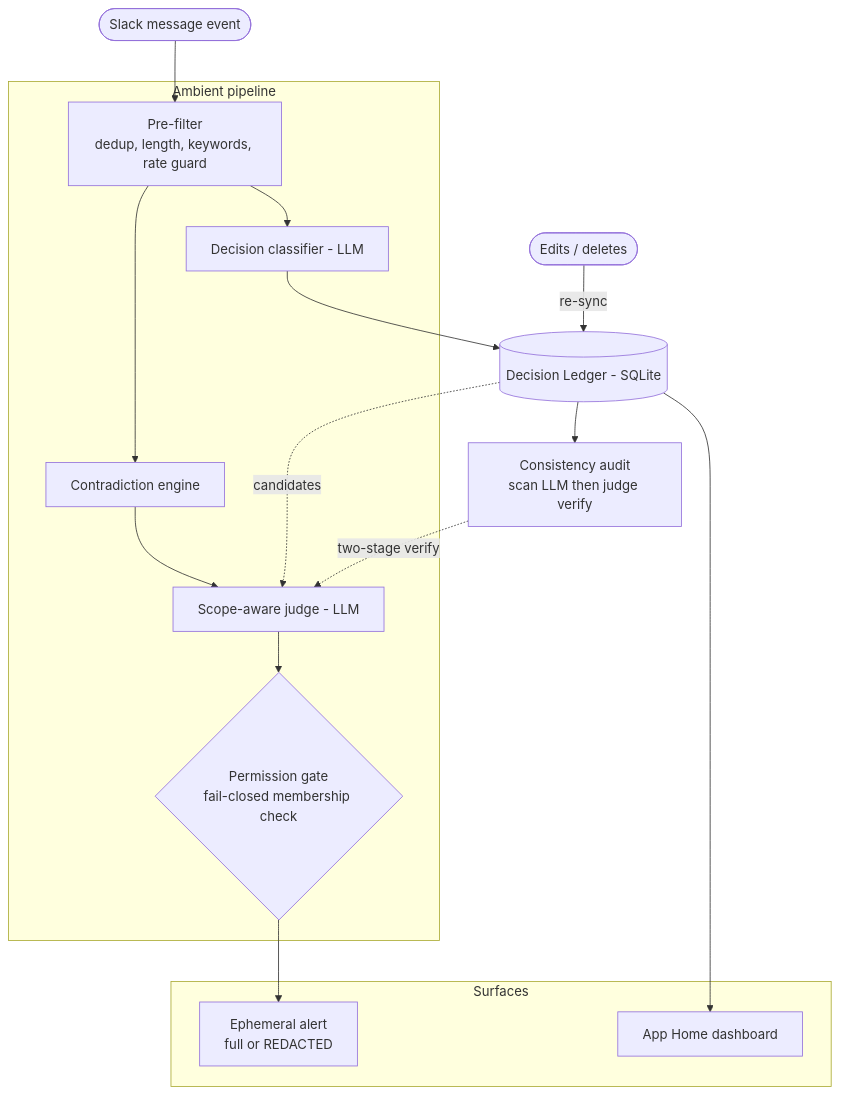
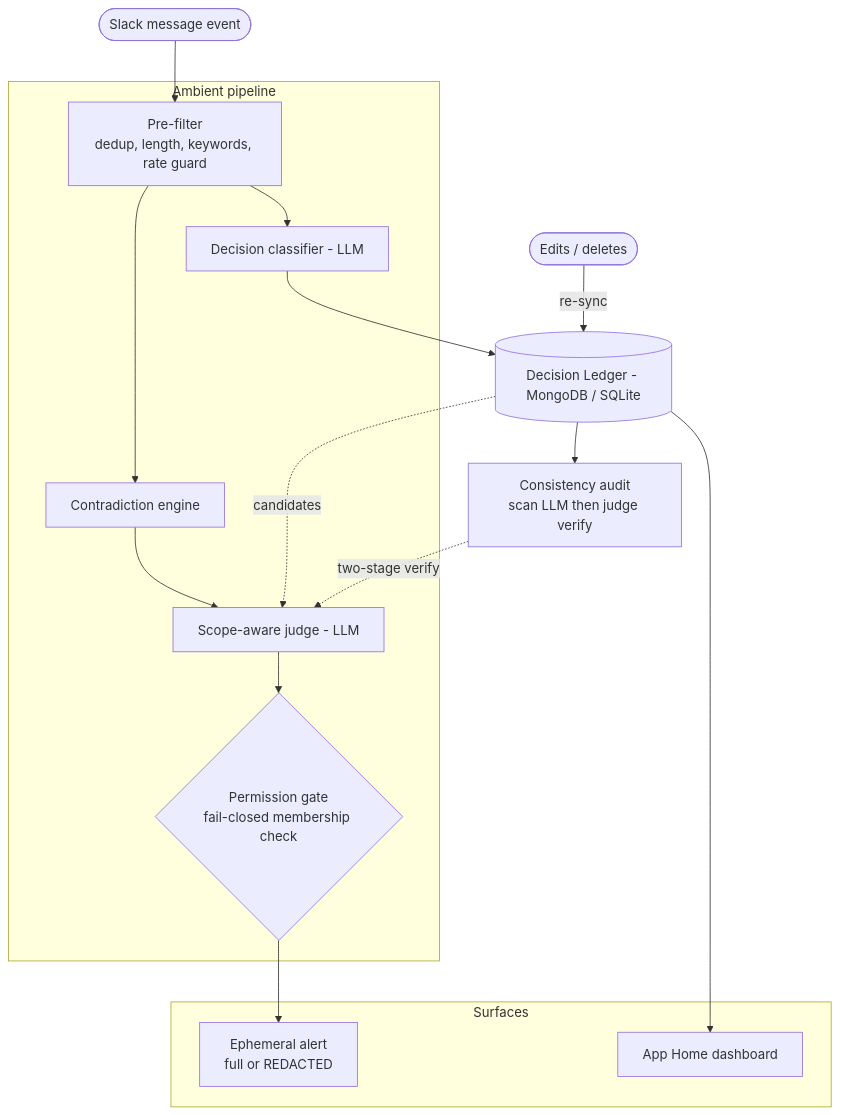
One commit to BitTriad/consensus-slack-agent changed the diagram in README.md. Above: the diagram before and after it, drawn with Mermaid. The commit also changed other lines of this file and 20 other files, not shown here.

First line of the commit message:
Migrate ledger to MongoDB Atlas and host on Render free tier

````diff
--- a/README.md
+++ b/README.md
@@ -65,35 +71,35 @@
 ```mermaid
 flowchart TD
     evt(["Slack message event"])
 
     subgraph ambient ["Ambient pipeline"]
         pre["Pre-filter<br/>dedup, length, keywords, rate guard"]
         clf["Decision classifier - LLM"]
         con["Contradiction engine"]
         judge["Scope-aware judge - LLM"]
         gate{"Permission gate<br/>fail-closed membership check"}
     end
 
-    ledger[("Decision Ledger - SQLite")]
+    ledger[("Decision Ledger - MongoDB / SQLite")]
 
     subgraph surfaces ["Surfaces"]
         alert["Ephemeral alert<br/>full or REDACTED"]
         home["App Home dashboard"]
     end
 
     audit["Consistency audit<br/>scan LLM then judge verify"]
     edits(["Edits / deletes"])
 
     evt --> pre
     pre --> clf
     clf --> ledger
     pre --> con
     con --> judge
     judge --> gate
     gate --> alert
     ledger -. "candidates" .-> judge
     ledger --> home
     ledger --> audit
     audit -. "two-stage verify" .-> judge
     edits -- "re-sync" --> ledger
 ```
````
